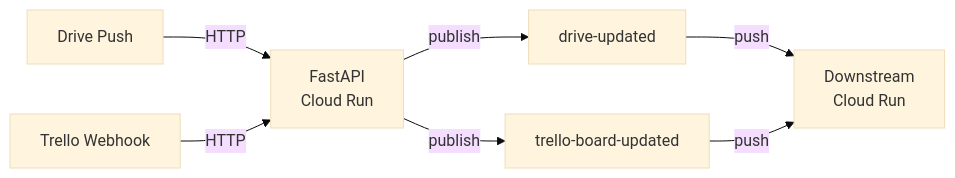
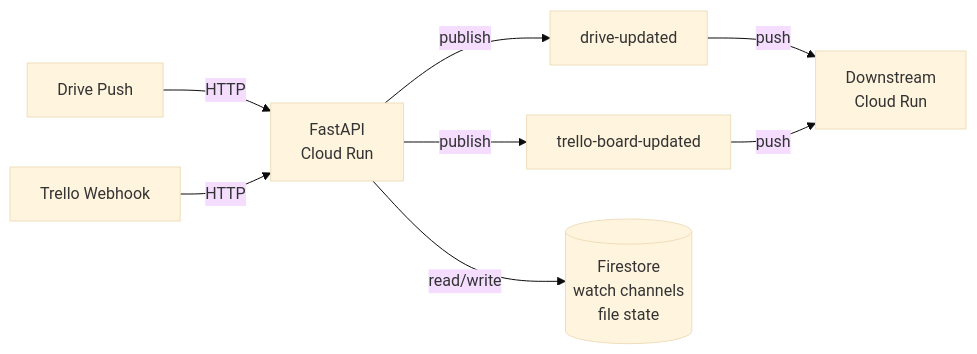
Before and after one commit to get-lamp/ev-webhook: the diagram in README.md, drawn with Mermaid (base theme).

Commit message:
Updated documentation graphs

````diff
--- a/README.md
+++ b/README.md
@@ -69,9 +69,10 @@
 ```mermaid
 graph LR
     Drive[Drive Push] -->|HTTP| Webhook
     Trello[Trello Webhook] -->|HTTP| Webhook
     Webhook[FastAPI<br/>Cloud Run] -->|publish| DriveTopic[drive-updated]
     Webhook -->|publish| TrelloTopic[trello-board-updated]
     DriveTopic -->|push| Downstream[Downstream<br/>Cloud Run]
     TrelloTopic -->|push| Downstream
+    Webhook -->|read/write| Firestore[(Firestore<br/>watch channels<br/>file state)]
 ```
````
